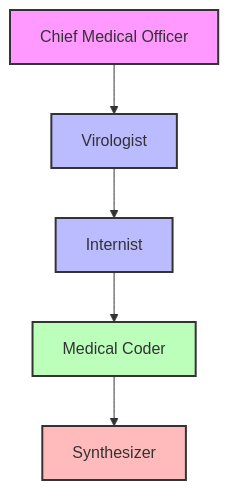
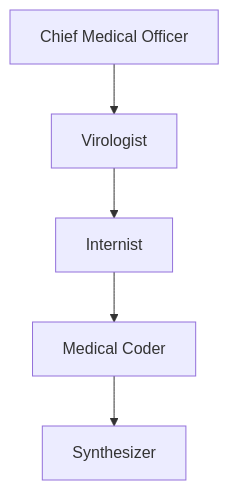
One commit to The-Swarm-Corporation/MedicalCoderSwarm changed the first of 3 diagrams in README.md. Above: the diagram before and after it, drawn with Mermaid.

Commit message:
[CLEANUP]

````diff
--- a/README.md
+++ b/README.md
@@ -45,13 +45,8 @@
 ```mermaid
 flowchart TB
     CMO[Chief Medical Officer] --> V[Virologist]
     V --> I[Internist]
     I --> MC[Medical Coder]
     MC --> S[Synthesizer]
     
-    style CMO fill:#f9f,stroke:#333,stroke-width:2px
-    style V fill:#bbf,stroke:#333,stroke-width:2px
-    style I fill:#bbf,stroke:#333,stroke-width:2px
-    style MC fill:#bfb,stroke:#333,stroke-width:2px
-    style S fill:#fbb,stroke:#333,stroke-width:2px
 ```
````
